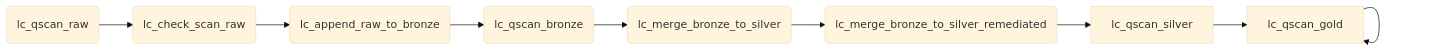
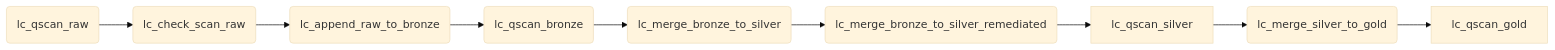
Before and after one commit to pete-qualytics/qualytics-examples: the diagram in airflow-medallion/README.md, drawn with Mermaid (base theme).

````diff
--- a/airflow-medallion/README.md
+++ b/airflow-medallion/README.md
@@ -16,4 +16,4 @@
 ```mermaid
 graph LR
-A(lc_qscan_raw) --> B(lc_check_scan_raw) --> C(lc_append_raw_to_bronze) --> D(lc_qscan_bronze) --> E(lc_merge_bronze_to_silver)  --> F(lc_merge_bronze_to_silver_remediated) --> G[lc_qscan_silver] --> H(lc_merge_silver_to_gold)  --> H[lc_qscan_gold]
+A(lc_qscan_raw) --> B(lc_check_scan_raw) --> C(lc_append_raw_to_bronze) --> D(lc_qscan_bronze) --> E(lc_merge_bronze_to_silver)  --> F(lc_merge_bronze_to_silver_remediated) --> G[lc_qscan_silver] --> H(lc_merge_silver_to_gold)  --> I[lc_qscan_gold]
 ```
````
